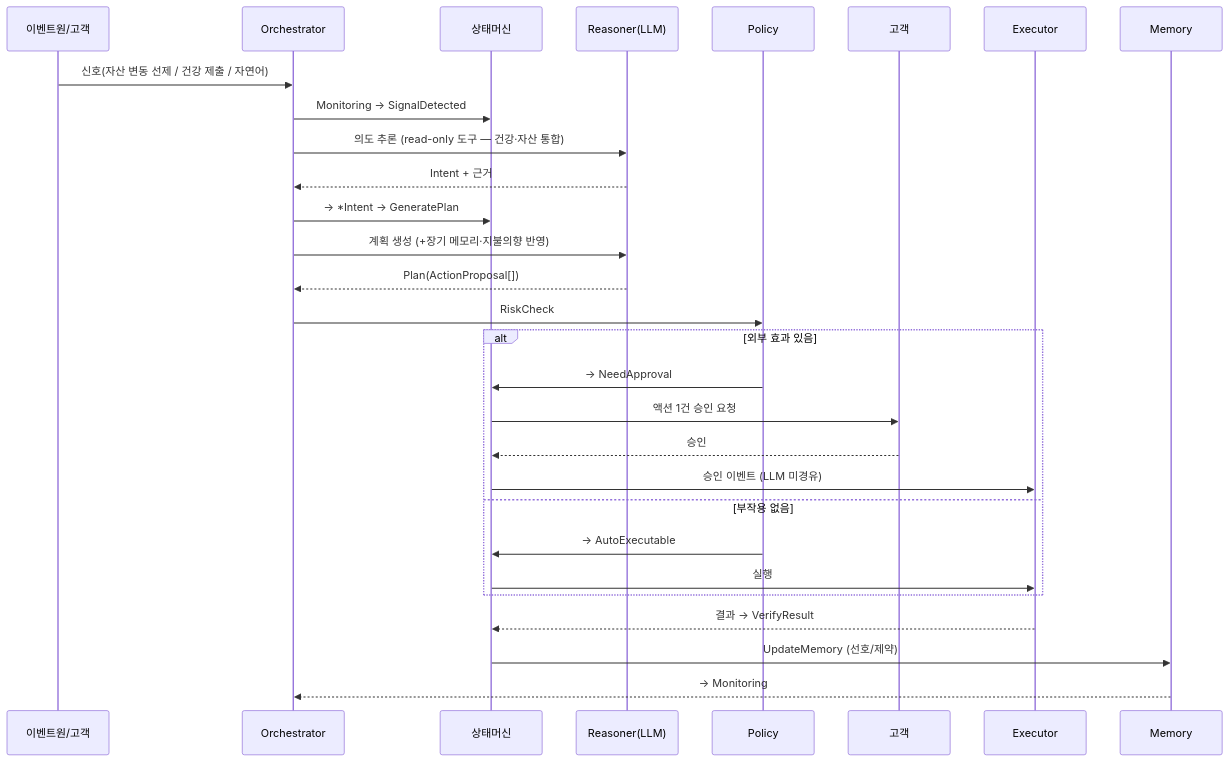
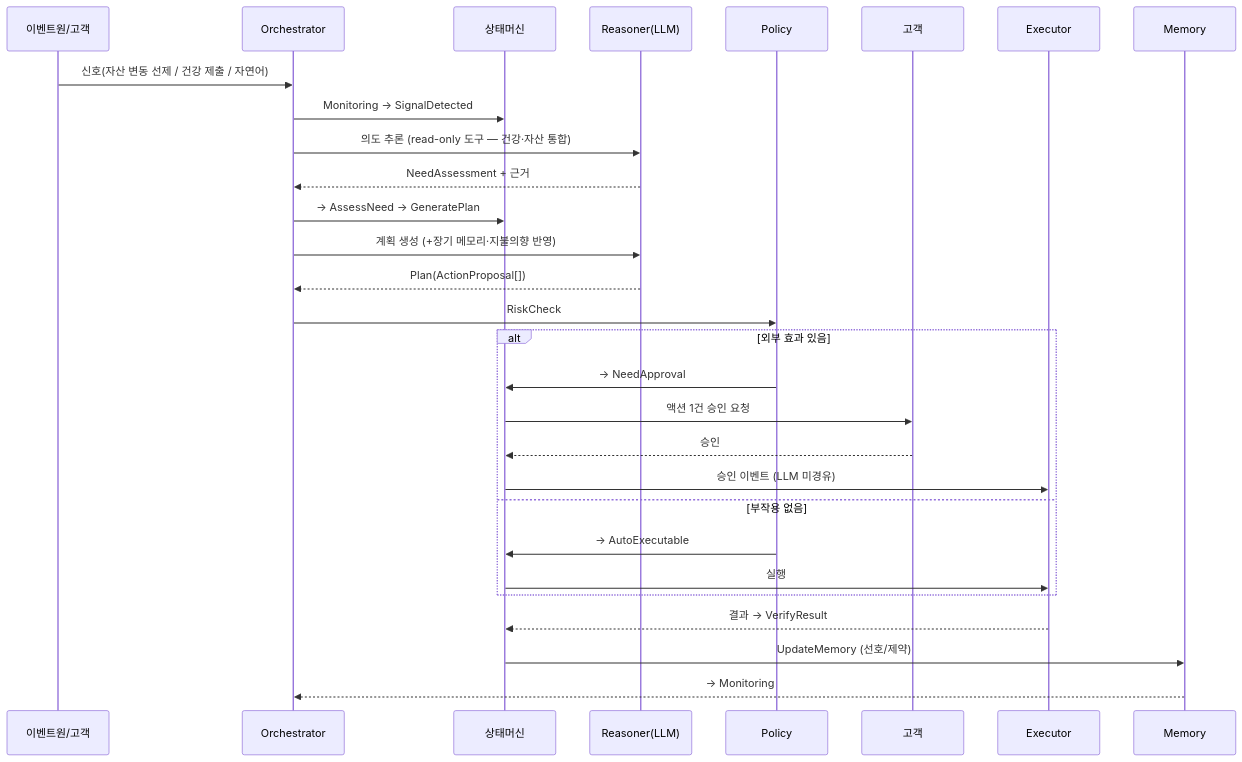
One commit to YoonMin02/JB-WM-backend changed the second of 3 diagrams in docs/02_SYSTEM_ARCHITECTURE.md. Above: the diagram before and after it, drawn with Mermaid. The commit also changed 39 other files, not shown here.

Commit message:
refactor: replace intent routing with need assessment

````diff
--- a/docs/02_SYSTEM_ARCHITECTURE.md
+++ b/docs/02_SYSTEM_ARCHITECTURE.md
@@ -76,32 +76,32 @@
 ```mermaid
 sequenceDiagram
     participant SRC as 이벤트원/고객
     participant ORCH as Orchestrator
     participant FSM as 상태머신
     participant R as Reasoner(LLM)
     participant POL as Policy
     participant U as 고객
     participant EX as Executor
     participant MEM as Memory
 
     SRC->>ORCH: 신호(자산 변동 선제 / 건강 제출 / 자연어)
     ORCH->>FSM: Monitoring → SignalDetected
     ORCH->>R: 의도 추론 (read-only 도구 — 건강·자산 통합)
-    R-->>ORCH: Intent + 근거
-    ORCH->>FSM: → *Intent → GeneratePlan
+    R-->>ORCH: NeedAssessment + 근거
+    ORCH->>FSM: → AssessNeed → GeneratePlan
     ORCH->>R: 계획 생성 (+장기 메모리·지불의향 반영)
     R-->>ORCH: Plan(ActionProposal[])
     ORCH->>POL: RiskCheck
     alt 외부 효과 있음
         POL->>FSM: → NeedApproval
         FSM->>U: 액션 1건 승인 요청
         U-->>FSM: 승인
         FSM->>EX: 승인 이벤트 (LLM 미경유)
     else 부작용 없음
         POL->>FSM: → AutoExecutable
         FSM->>EX: 실행
     end
     EX-->>FSM: 결과 → VerifyResult
     FSM->>MEM: UpdateMemory (선호/제약)
     MEM-->>ORCH: → Monitoring
 ```
````
